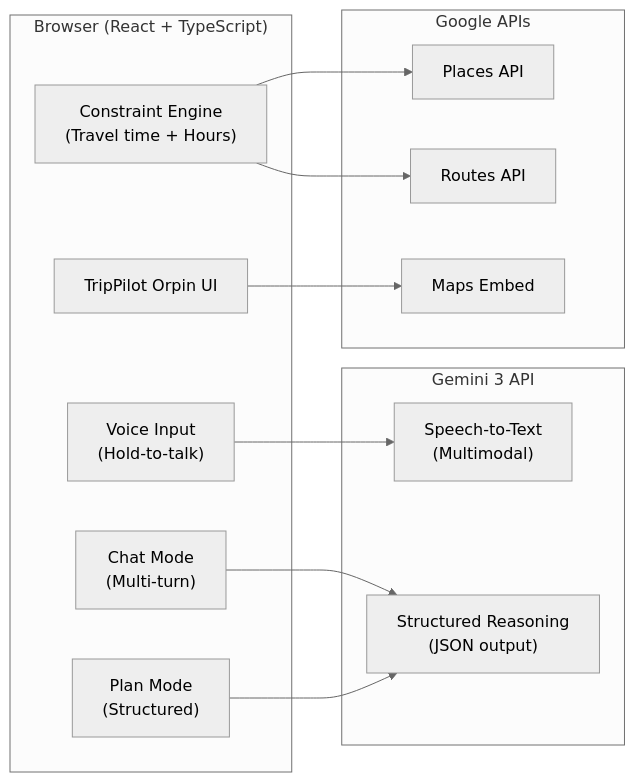
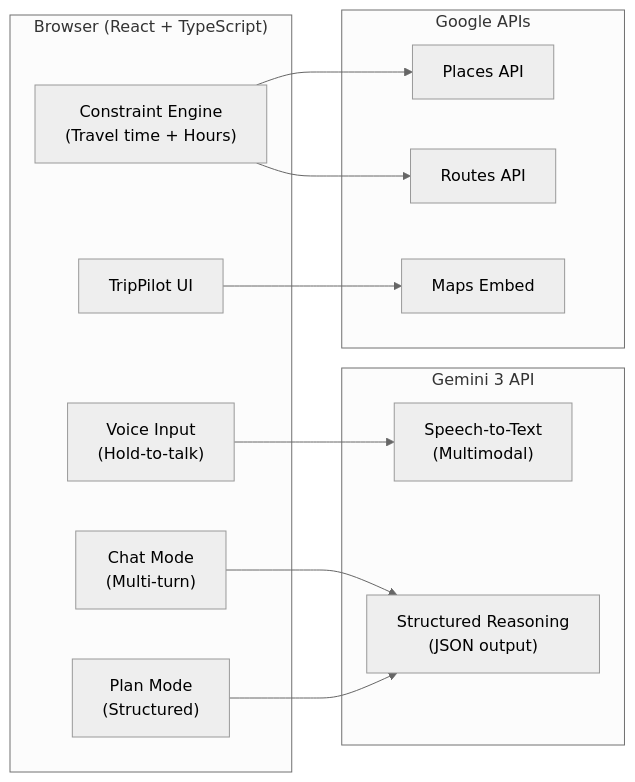
One commit to jasmineox25/trippilot changed the diagram in README.md. Above: the diagram before and after it, drawn with Mermaid (neutral theme). The commit also changed other lines of this file and 6 other files, not shown here.

````diff
--- a/README.md
+++ b/README.md
@@ -83,28 +83,28 @@
 ```mermaid
 flowchart LR
   subgraph Browser["Browser (React + TypeScript)"]
-    UI["TripPilot Orpin UI"]
+    UI["TripPilot UI"]
     Chat["Chat Mode\n(Multi-turn)"]
     Plan["Plan Mode\n(Structured)"]
     Voice["Voice Input\n(Hold-to-talk)"]
     Engine["Constraint Engine\n(Travel time + Hours)"]
   end
 
   subgraph Gemini["Gemini 3 API"]
     STT["Speech-to-Text\n(Multimodal)"]
     Reason["Structured Reasoning\n(JSON output)"]
   end
 
   subgraph Google["Google APIs"]
     Places["Places API"]
     Routes["Routes API"]
     Maps["Maps Embed"]
   end
 
   Voice --> STT
   Chat --> Reason
   Plan --> Reason
   Engine --> Places
   Engine --> Routes
   UI --> Maps
 ```
````
